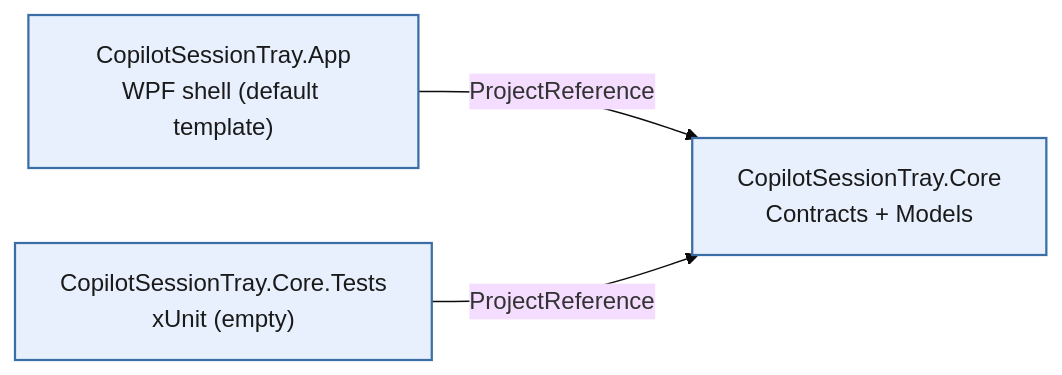
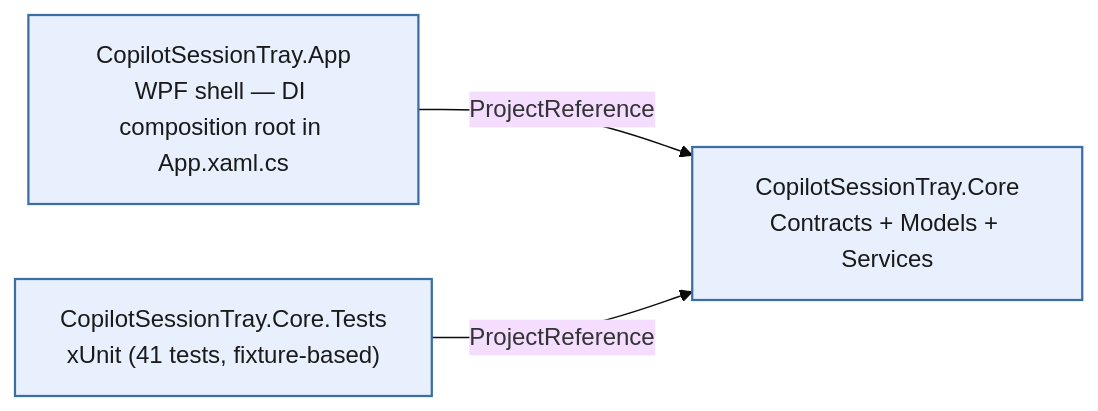
The first of 2 diagrams in ARCHITECTURE.md (hyw007726/CopilotSessionTray), drawn with Mermaid (base theme) before and after one commit. The commit also changed other lines of this file and 21 other files, not shown here.

````diff
--- a/ARCHITECTURE.md
+++ b/ARCHITECTURE.md
@@ -12,12 +12,12 @@
 ```mermaid
 flowchart LR
-    Core["CopilotSessionTray.Core<br/>Contracts + Models"]
-    App["CopilotSessionTray.App<br/>WPF shell (default template)"]
-    Tests["CopilotSessionTray.Core.Tests<br/>xUnit (empty)"]
+    Core["CopilotSessionTray.Core<br/>Contracts + Models + Services"]
+    App["CopilotSessionTray.App<br/>WPF shell — DI composition root in App.xaml.cs"]
+    Tests["CopilotSessionTray.Core.Tests<br/>xUnit (41 tests, fixture-based)"]
 
     App -->|ProjectReference| Core
     Tests -->|ProjectReference| Core
 
     classDef proj fill:#E8F0FE,stroke:#3A6EA5,stroke-width:1.5px,color:#1a1a1a
     class Core,App,Tests proj
 ```
````
